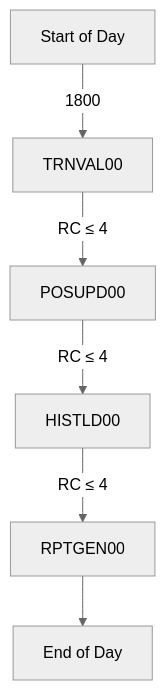
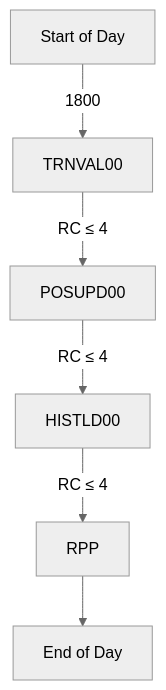
The eighth of 18 diagrams in documentation/technical/system-architecture.md (jbandu/COBOL-Legacy-Benchmark-Suite), drawn with Mermaid (neutral theme) before and after one commit. The commit also changed other lines of this file and 24 other files, not shown here.

````diff
--- a/documentation/technical/system-architecture.md
+++ b/documentation/technical/system-architecture.md
@@ -232,8 +469,8 @@
 ```mermaid
 graph TD
     A[Start of Day] -->|1800| B[TRNVAL00]
     B -->|RC ≤ 4| C[POSUPD00]
     C -->|RC ≤ 4| D[HISTLD00]
-    D -->|RC ≤ 4| E[RPTGEN00]
+    D -->|RC ≤ 4| E[RPP]
     E --> F[End of Day]
 ```
````
